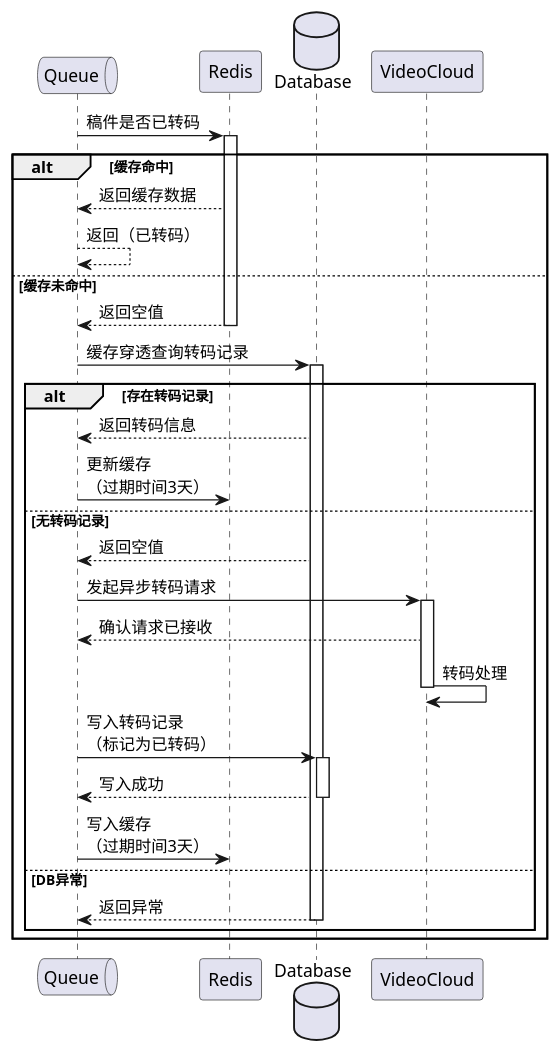
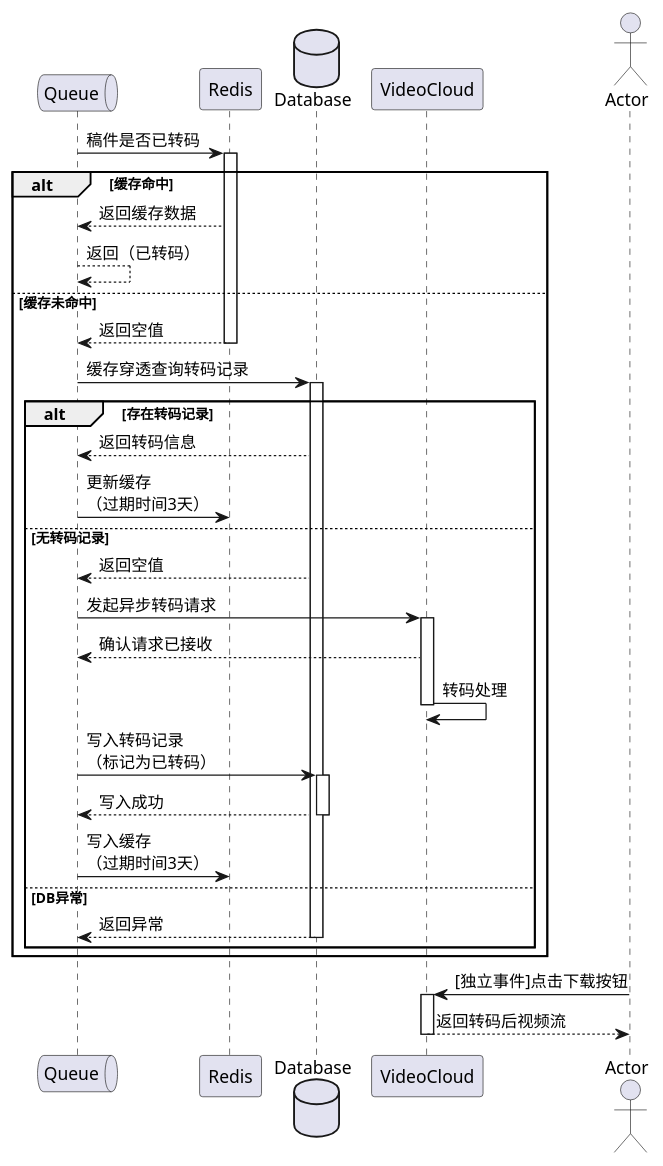
Before and after one commit to Allen9012/InfiniteGolang: the diagram in plantuml/ugc_share.puml, drawn with PlantUML. The commit also changed 4 other files, not shown here.

```diff
--- a/plantuml/ugc_share.puml
+++ b/plantuml/ugc_share.puml
@@ -1,43 +1,48 @@
 @startuml
 
 queue       Queue       as Consumer
 Consumer -> Redis: 稿件是否已转码
 activate Redis
 
 alt 缓存命中
     Redis --> Consumer: 返回缓存数据
     Consumer --> Consumer: 返回（已转码）
 else 缓存未命中
 database    Database    as DB
     Redis --> Consumer: 返回空值
       deactivate Redis
 
     Consumer -> DB: 缓存穿透查询转码记录
     activate DB
 
     alt 存在转码记录
         DB --> Consumer: 返回转码信息
         Consumer -> Redis: 更新缓存\n（过期时间3天）
         deactivate Redis
     else 无转码记录
         DB --> Consumer: 返回空值
         Consumer -> VideoCloud: 发起异步转码请求
         activate VideoCloud
         VideoCloud --> Consumer: 确认请求已接收
         VideoCloud -> VideoCloud: 转码处理
         deactivate VideoCloud
 
         Consumer -> DB: 写入转码记录\n（标记为已转码）
         activate DB
         DB --> Consumer: 写入成功
         deactivate DB
 
         Consumer -> Redis: 写入缓存\n（过期时间3天）
         deactivate Redis
     else DB异常
         DB --> Consumer: 返回异常
         deactivate DB
     end
 end
-
+' ================ 用户下载流程 ================
+actor Actor as User
+User -> VideoCloud: [独立事件]点击下载按钮
+activate VideoCloud
+VideoCloud --> User: 返回转码后视频流
+deactivate VideoCloud
 @enduml
```
